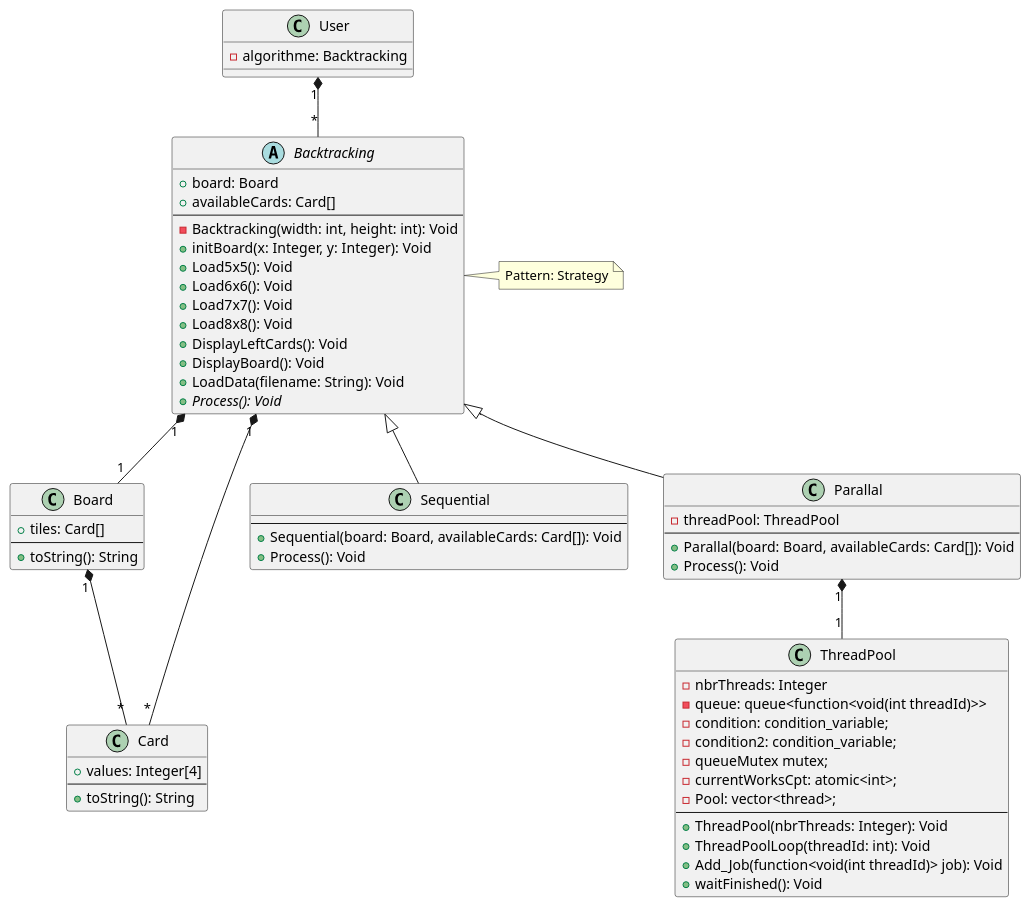
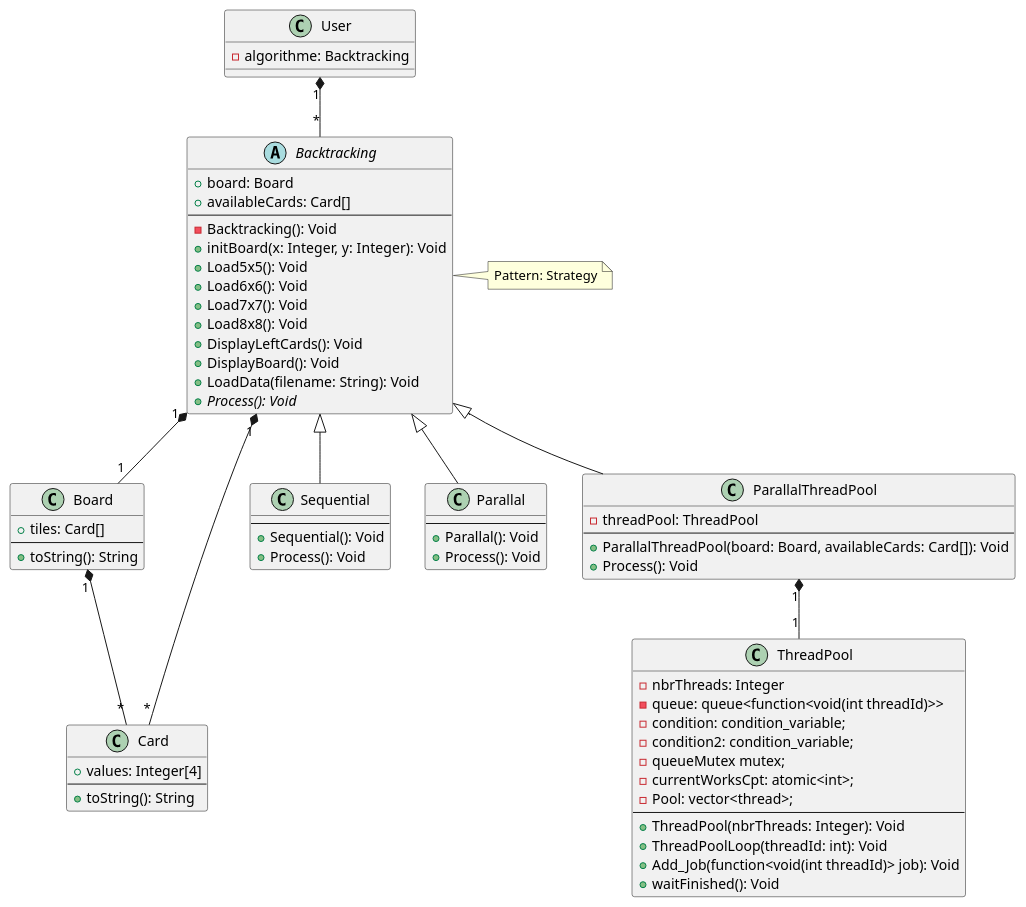
One commit to qanastek/Concurency-Tetravex changed the diagram in modelisation/OverviewClasses.plantuml. Above: the diagram before and after it, drawn with PlantUML. The commit also changed 22 other files, not shown here.

```diff
--- a/modelisation/OverviewClasses.plantuml
+++ b/modelisation/OverviewClasses.plantuml
@@ -1,71 +1,77 @@
 @startuml Overview
 
 class User {
     - algorithme: Backtracking
 }
 User "1" *-- "*" Backtracking
 
 class Board {
     + tiles: Card[]
     ---
     + toString(): String
 }
 Board "1" *-- "*" Card
 
 class Card {
     + values: Integer[4]
     ---
     + toString(): String
 }
 
 abstract class Backtracking {
     + board: Board
     + availableCards: Card[]
     ---
-    - Backtracking(width: int, height: int): Void
+    - Backtracking(): Void
     + initBoard(x: Integer, y: Integer): Void
     + Load5x5(): Void
     + Load6x6(): Void
     + Load7x7(): Void
     + Load8x8(): Void
     + DisplayLeftCards(): Void
     + DisplayBoard(): Void
     + LoadData(filename: String): Void
     + {abstract} Process(): Void
 }
 note right of Backtracking
 Pattern: Strategy
 end note
 Backtracking "1" *-- "1" Board
 Backtracking "1" *-- "*" Card
 
 class Sequential extends Backtracking {
     ---
-    + Sequential(board: Board, availableCards: Card[]): Void
+    + Sequential(): Void
     + Process(): Void
 }
 
 class Parallal extends Backtracking {
+    ---
+    + Parallal(): Void
+    + Process(): Void
+}
+
+class ParallalThreadPool extends Backtracking {
     - threadPool: ThreadPool
     ---
-    + Parallal(board: Board, availableCards: Card[]): Void
+    + ParallalThreadPool(board: Board, availableCards: Card[]): Void
     + Process(): Void
 }
 
 class ThreadPool {
     - nbrThreads: Integer
     - queue: queue<function<void(int threadId)>>
     - condition: condition_variable;
     - condition2: condition_variable;
     - queueMutex mutex;
     - currentWorksCpt: atomic<int>;
     - Pool: vector<thread>;
     ---
     + ThreadPool(nbrThreads: Integer): Void
     + ThreadPoolLoop(threadId: int): Void
     + Add_Job(function<void(int threadId)> job): Void
     + waitFinished(): Void
 }
-Parallal "1" *-- "1" ThreadPool
+ParallalThreadPool "1" *-- "1" ThreadPool
 
 @enduml
```
